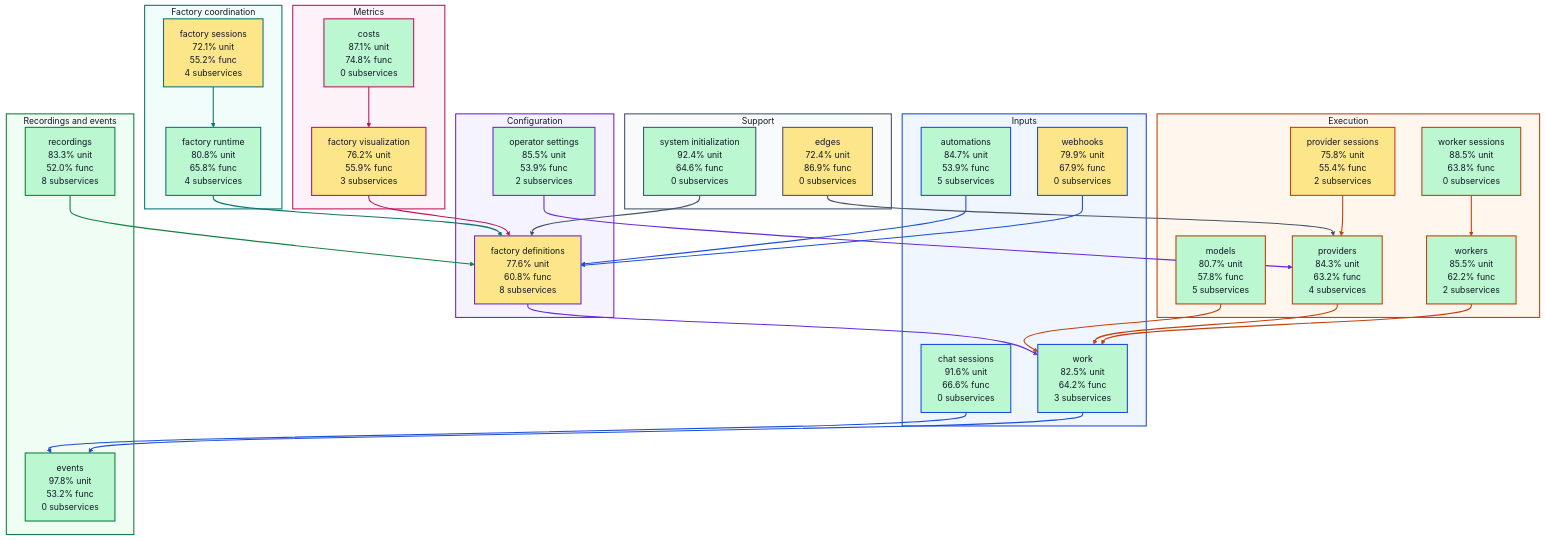
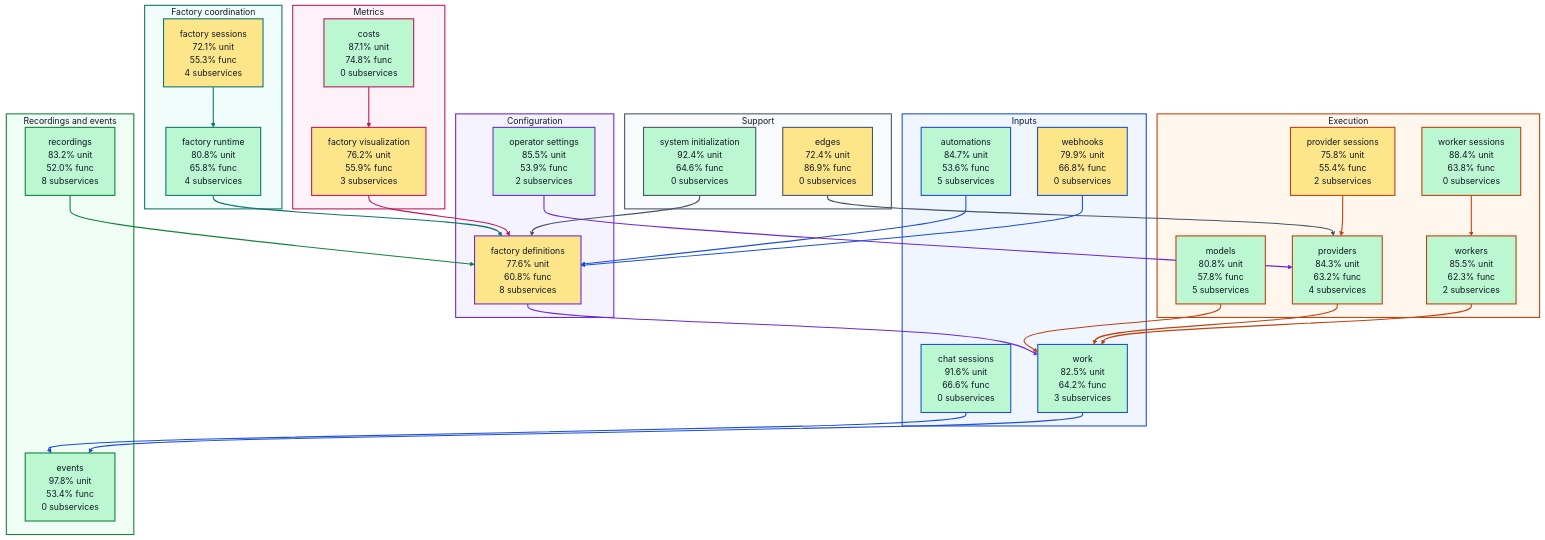
Before and after one commit to portpowered/you-agent-factory: the diagram in docs/architecture/visualizations/high-level-test-coverage.md, drawn with Mermaid (base theme). The commit also changed other lines of this file and 20 other files, not shown here.

Commit message:
docs: refresh backend architecture visualizations

````diff
--- a/docs/architecture/visualizations/high-level-test-coverage.md
+++ b/docs/architecture/visualizations/high-level-test-coverage.md
@@ -11,9 +11,9 @@
 ```mermaid
 flowchart TB
   subgraph input["Inputs"]
-    s_services_automations["automations<br/>84.7% unit<br/>53.9% func<br/>5 subservices"]
+    s_services_automations["automations<br/>84.7% unit<br/>53.6% func<br/>5 subservices"]
     s_services_chat_sessions["chat sessions<br/>91.6% unit<br/>66.6% func<br/>0 subservices"]
-    s_services_webhooks["webhooks<br/>79.9% unit<br/>67.9% func<br/>0 subservices"]
+    s_services_webhooks["webhooks<br/>79.9% unit<br/>66.8% func<br/>0 subservices"]
     s_services_work["work<br/>82.5% unit<br/>64.2% func<br/>3 subservices"]
   end
   subgraph configuration["Configuration"]
@@ -22,18 +22,18 @@
   end
   subgraph coordination["Factory coordination"]
     s_services_factory_runtime["factory runtime<br/>80.8% unit<br/>65.8% func<br/>4 subservices"]
-    s_services_factory_sessions["factory sessions<br/>72.1% unit<br/>55.2% func<br/>4 subservices"]
+    s_services_factory_sessions["factory sessions<br/>72.1% unit<br/>55.3% func<br/>4 subservices"]
   end
   subgraph execution["Execution"]
-    s_services_models["models<br/>80.7% unit<br/>57.8% func<br/>5 subservices"]
+    s_services_models["models<br/>80.8% unit<br/>57.8% func<br/>5 subservices"]
     s_services_provider_sessions["provider sessions<br/>75.8% unit<br/>55.4% func<br/>2 subservices"]
     s_services_providers["providers<br/>84.3% unit<br/>63.2% func<br/>4 subservices"]
-    s_services_worker_sessions["worker sessions<br/>88.5% unit<br/>63.8% func<br/>0 subservices"]
-    s_services_workers["workers<br/>85.5% unit<br/>62.2% func<br/>2 subservices"]
+    s_services_worker_sessions["worker sessions<br/>88.4% unit<br/>63.8% func<br/>0 subservices"]
+    s_services_workers["workers<br/>85.5% unit<br/>62.3% func<br/>2 subservices"]
   end
   subgraph recordings["Recordings and events"]
-    s_services_events["events<br/>97.8% unit<br/>53.2% func<br/>0 subservices"]
-    s_services_recordings["recordings<br/>83.3% unit<br/>52.0% func<br/>8 subservices"]
+    s_services_events["events<br/>97.8% unit<br/>53.4% func<br/>0 subservices"]
+    s_services_recordings["recordings<br/>83.2% unit<br/>52.0% func<br/>8 subservices"]
   end
   subgraph metrics["Metrics"]
     s_services_costs["costs<br/>87.1% unit<br/>74.8% func<br/>0 subservices"]
````
